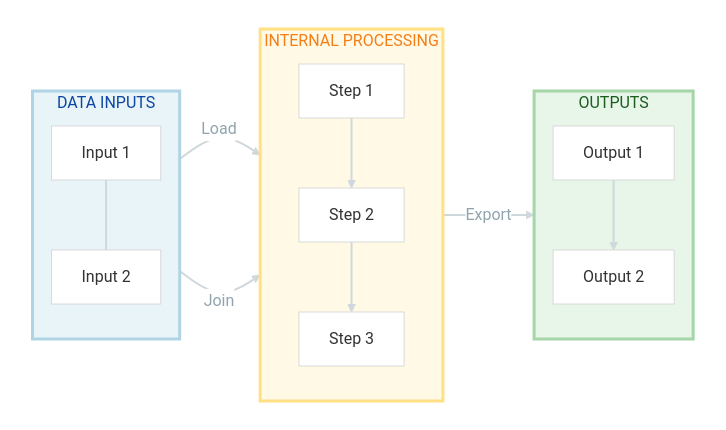
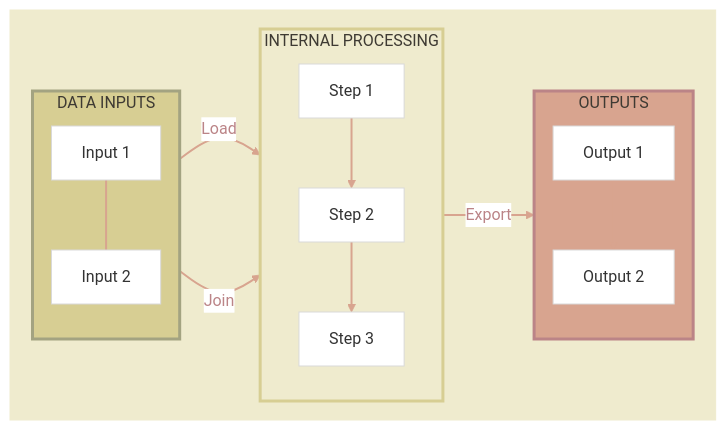
One commit to BenaventC/Airbnb2026 changed the third of 3 diagrams in .github/skills/mermaid-pipeline/SKILL.md. Above: the diagram before and after it, drawn with Mermaid. The commit also changed other lines of this file and 2 other files, not shown here.

Commit message:
Add color-palette-management skill; update Mermaid skill and instructions with reference palette

````diff
--- a/.github/skills/mermaid-pipeline/SKILL.md
+++ b/.github/skills/mermaid-pipeline/SKILL.md
@@ -50,39 +49,39 @@
 ```mermaid
 %%{init: {'theme': 'base', 'flowchart': { 'nodeSpacing': 18, 'rankSpacing': 20, 'diagramPadding': 6 }, 'themeVariables': { 'primaryColor': '#ffffff', 'primaryBorderColor': '#d9d9d9', 'background': '#ffffff', 'mainBkg': '#ffffff', 'clusterBkg': '#ffffff', 'lineColor': '#cfd8dc', 'edgeLabelBackground':'#ffffff'}} }%%
 flowchart LR
   subgraph Row[" "]
     direction LR
 
     subgraph Input["DATA INPUTS"]
       direction TB
       A["Input 1"]
       B["Input 2"]
       A --- B
     end
 
     subgraph Process["INTERNAL PROCESSING"]
       direction TB
       C["Step 1"]
       D["Step 2"]
       E["Step 3"]
       C --> D --> E
     end
 
     subgraph Output["OUTPUTS"]
       direction TB
       F["Output 1"]
       G["Output 2"]
       F --> G
     end
   end
 
   A -->|Load| C
   B -->|Join| E
   E -->|Export| F
 
-  style Row fill:#ffffff,stroke:#ffffff,color:#ffffff
-  linkStyle default stroke:#cfd8dc,stroke-width:2px,color:#90a4ae
-  style Input fill:#E8F4F8,stroke:#B0D4E3,stroke-width:3px,color:#0d47a1
-  style Process fill:#FFF9E6,stroke:#FFE082,stroke-width:3px,color:#F57F17
-  style Output fill:#E8F5E9,stroke:#A5D6A7,stroke-width:3px,color:#1B5E20
+  style Row fill:#EFEBCE,stroke:#EFEBCE,color:#EFEBCE
+  linkStyle default stroke:#D8A48F,stroke-width:2px,color:#BB8487
+  style Input fill:#D7CE93,stroke:#A3A381,stroke-width:3px,color:#3E3A33
+  style Process fill:#EFEBCE,stroke:#D7CE93,stroke-width:3px,color:#3E3A33
+  style Output fill:#D8A48F,stroke:#BB8487,stroke-width:3px,color:#3E3A33
 ```
````
